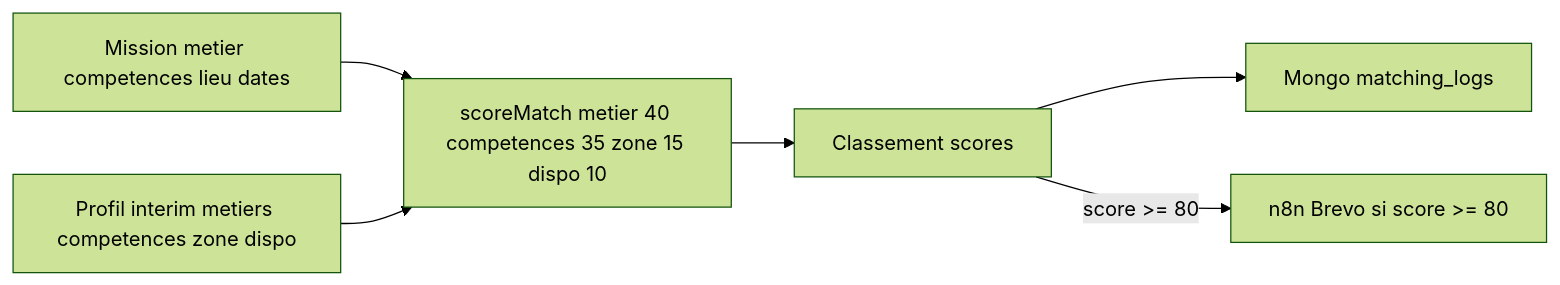
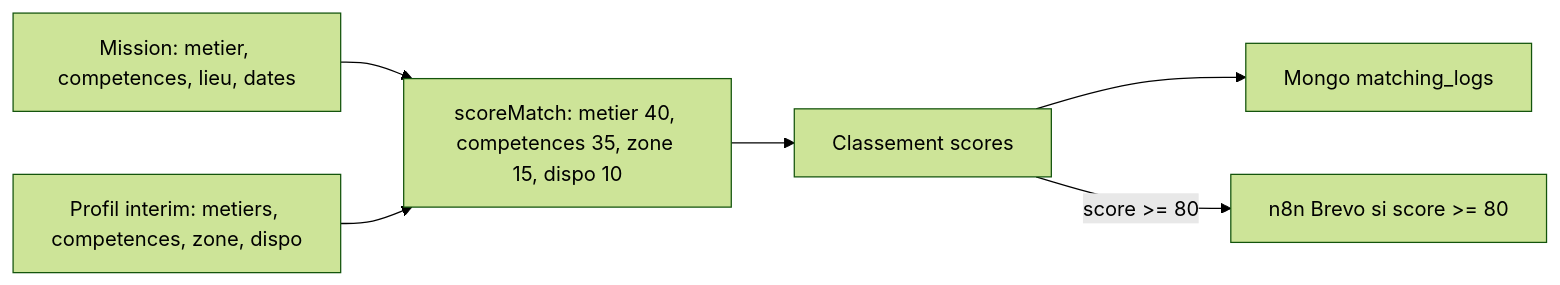
Before and after one commit to RRK28/InteriMatch: the diagram in Support-Oral/schema-matching.md, drawn with Mermaid (forest theme). The commit also changed 3 other files, not shown here.

````diff
--- a/Support-Oral/schema-matching.md
+++ b/Support-Oral/schema-matching.md
@@ -3,15 +3,15 @@
 ```mermaid
 flowchart LR
-  mission["Mission metier competences lieu dates"]
-  profil["Profil interim metiers competences zone dispo"]
-  score["scoreMatch metier 40 competences 35 zone 15 dispo 10"]
+  mission["Mission: metier, competences, lieu, dates"]
+  profil["Profil interim: metiers, competences, zone, dispo"]
+  score["scoreMatch: metier 40, competences 35, zone 15, dispo 10"]
   rank["Classement scores"]
   mongo["Mongo matching_logs"]
   n8n["n8n Brevo si score >= 80"]
 
   mission --> score
   profil --> score
   score --> rank
   rank --> mongo
   rank -->|"score >= 80"| n8n
 ```
````
